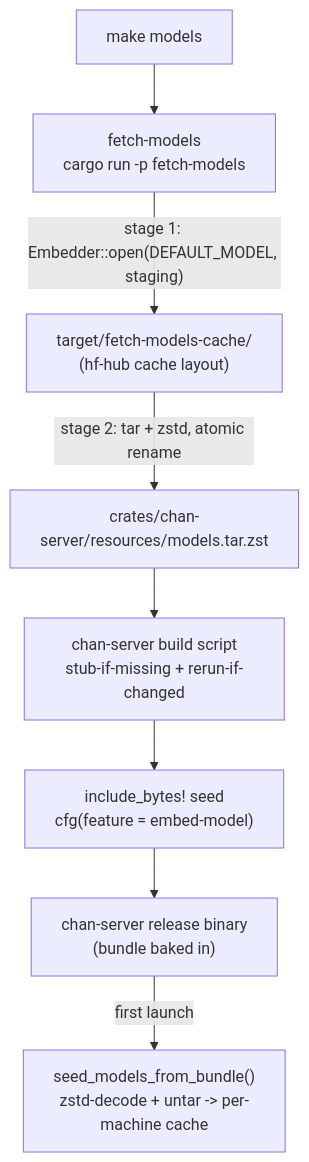
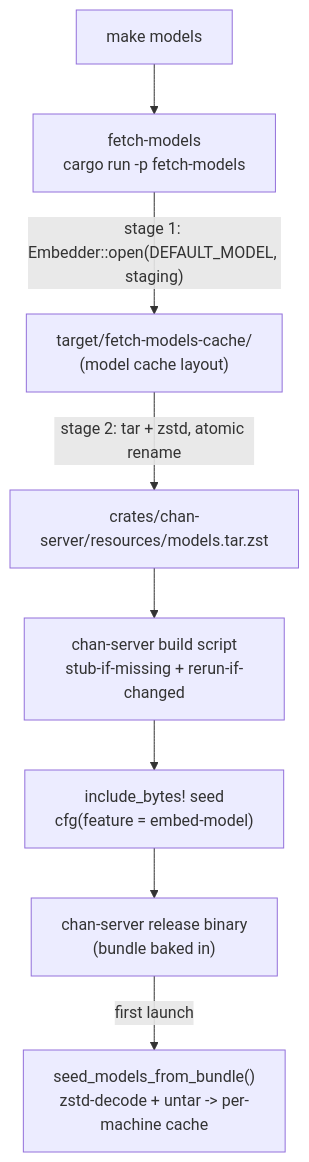
Before and after one commit to fiorix/chan: the diagram in crates/fetch-models/design.md, drawn with Mermaid. The commit also changed other lines of this file and 5 other files, not shown here.

````diff
--- a/crates/fetch-models/design.md
+++ b/crates/fetch-models/design.md
@@ -19,10 +19,10 @@
 ```mermaid
 flowchart TB
   Make["make models"] --> Fetch["fetch-models<br/>cargo run -p fetch-models"]
-  Fetch -->|"stage 1: Embedder::open(DEFAULT_MODEL, staging)"| Stage["target/fetch-models-cache/<br/>(hf-hub cache layout)"]
+  Fetch -->|"stage 1: Embedder::open(DEFAULT_MODEL, staging)"| Stage["target/fetch-models-cache/<br/>(model cache layout)"]
   Stage -->|"stage 2: tar + zstd, atomic rename"| Bundle["crates/chan-server/resources/models.tar.zst"]
   Bundle --> Build["chan-server build script<br/>stub-if-missing + rerun-if-changed"]
   Build --> Embed["include_bytes! seed<br/>cfg(feature = embed-model)"]
   Embed --> Bin["chan-server release binary<br/>(bundle baked in)"]
   Bin -->|"first launch"| Seed["seed_models_from_bundle()<br/>zstd-decode + untar -> per-machine cache"]
 ```
````
